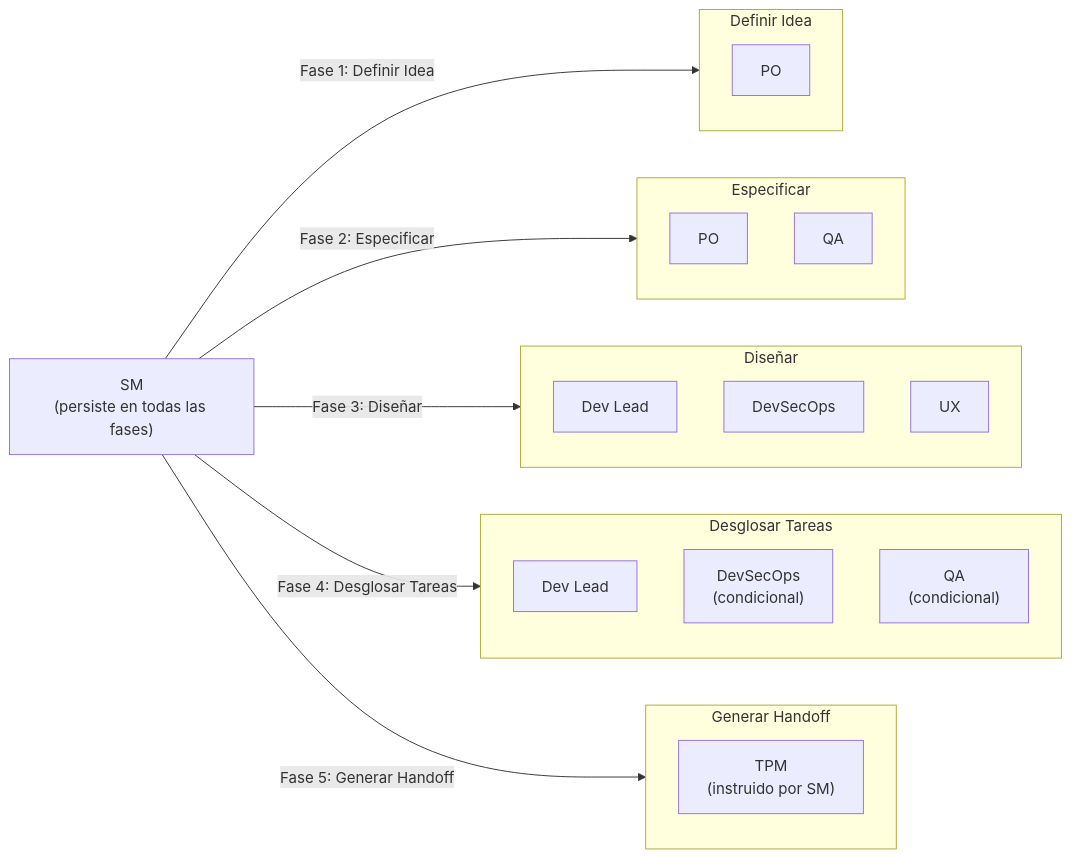
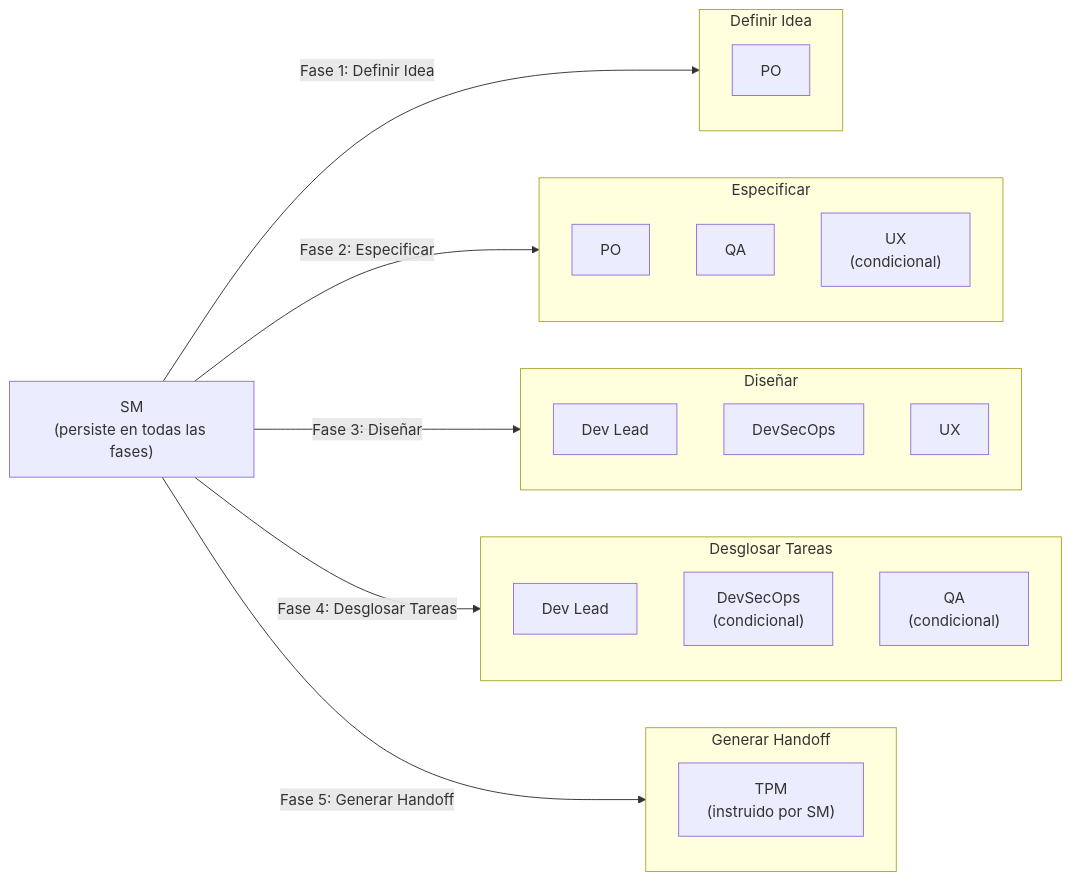
The sixth of 13 diagrams in docs/behavior-scrum-master-routing.md (virgenherrera/idea-to-mvp), drawn with Mermaid before and after one commit. The commit also changed other lines of this file and 4 other files, not shown here.

````diff
--- a/docs/behavior-scrum-master-routing.md
+++ b/docs/behavior-scrum-master-routing.md
@@ -279,31 +292,32 @@
 ```mermaid
 flowchart LR
     SM["SM\n(persiste en todas las fases)"]
 
     SM -->|"Fase 1: Definir Idea"| F1
     SM -->|"Fase 2: Especificar"| F2
     SM -->|"Fase 3: Diseñar"| F3
     SM -->|"Fase 4: Desglosar Tareas"| F4
     SM -->|"Fase 5: Generar Handoff"| F5
 
     subgraph F1["Definir Idea"]
         F1_PO["PO"]
     end
     subgraph F2["Especificar"]
         F2_PO["PO"]
         F2_QA["QA"]
+        F2_UX["UX\n(condicional)"]
     end
     subgraph F3["Diseñar"]
         F3_DEV["Dev Lead"]
         F3_SEC["DevSecOps"]
         F3_UX["UX"]
     end
     subgraph F4["Desglosar Tareas"]
         F4_DEV["Dev Lead"]
         F4_SEC["DevSecOps\n(condicional)"]
         F4_QA["QA\n(condicional)"]
     end
     subgraph F5["Generar Handoff"]
         F5_SM["TPM\n(instruido por SM)"]
     end
 ```
````
